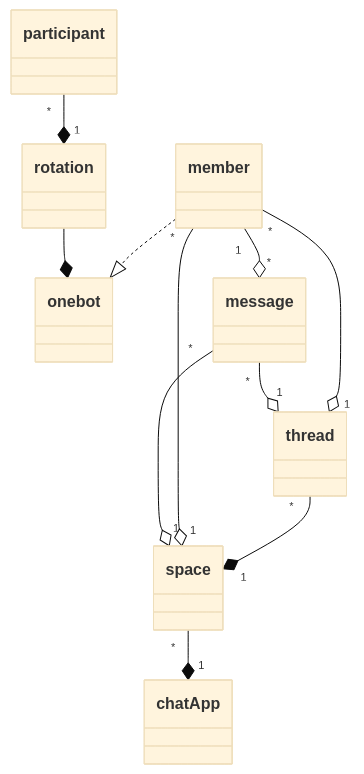
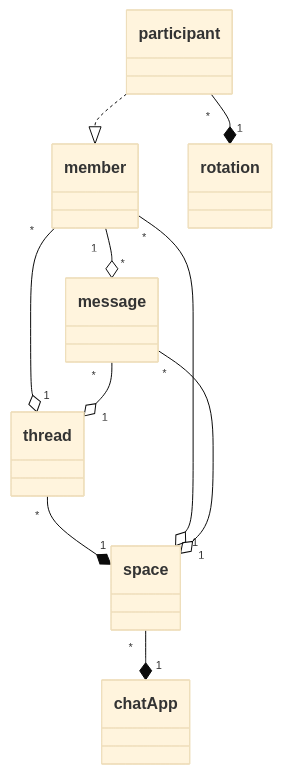
The diagram in docs/explanation/modeling.md (DevecorSoft/onebot), drawn with Mermaid (base theme) before and after one commit.

Commit message:
modeling

````diff
--- a/docs/explanation/modeling.md
+++ b/docs/explanation/modeling.md
@@ -3,13 +3,12 @@
 ```mermaid
 classDiagram
   space "*" --* "1" chatApp
   thread "*" --* "1" space
   member "*" --o "1" space
   member "*" --o "1" thread
-  member ..|> onebot
   member "1" --o "*" message
+  participant ..|> member
   message "*" --o "1" space
   message "*" --o "1" thread
-  rotation --* onebot
   participant "*" --* "1" rotation
 ```
````
